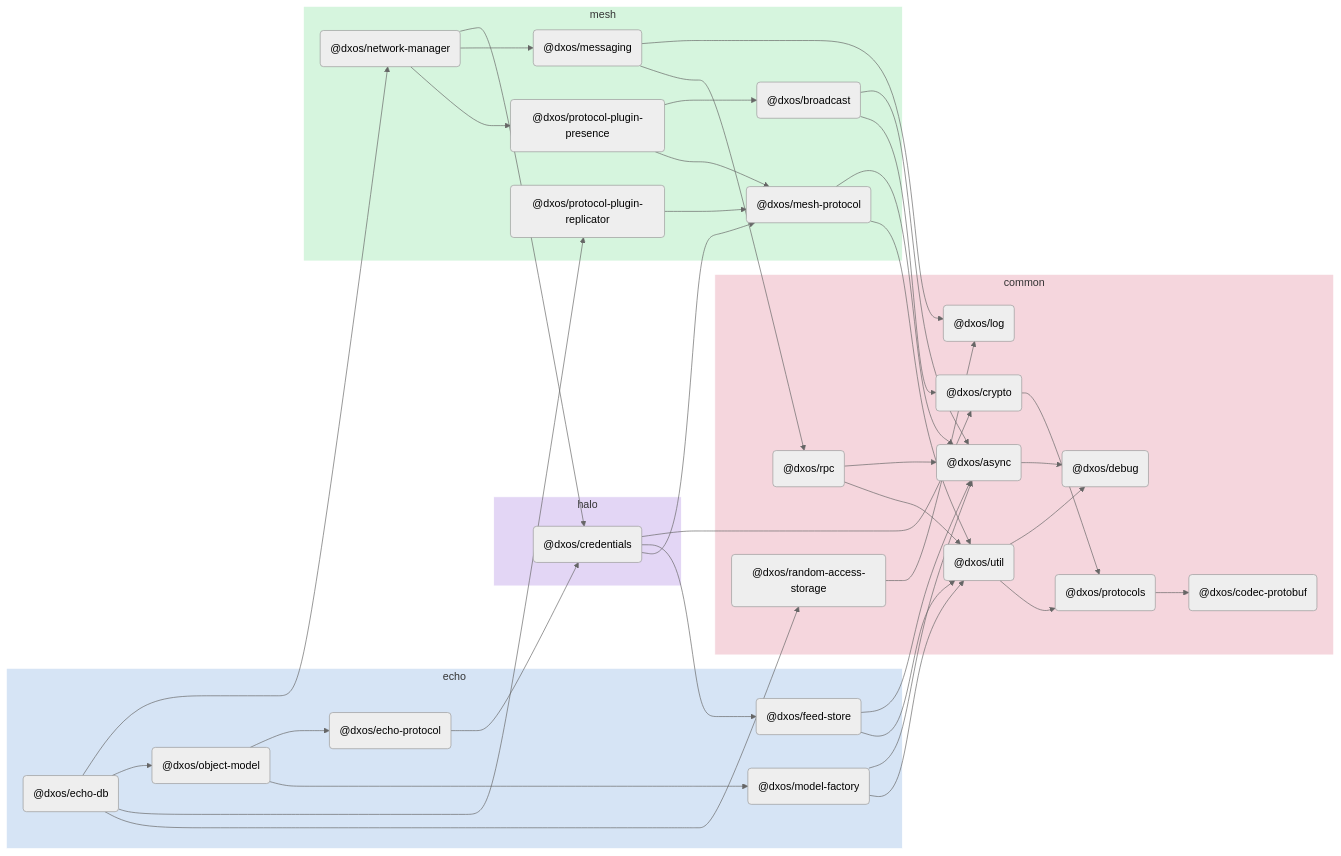
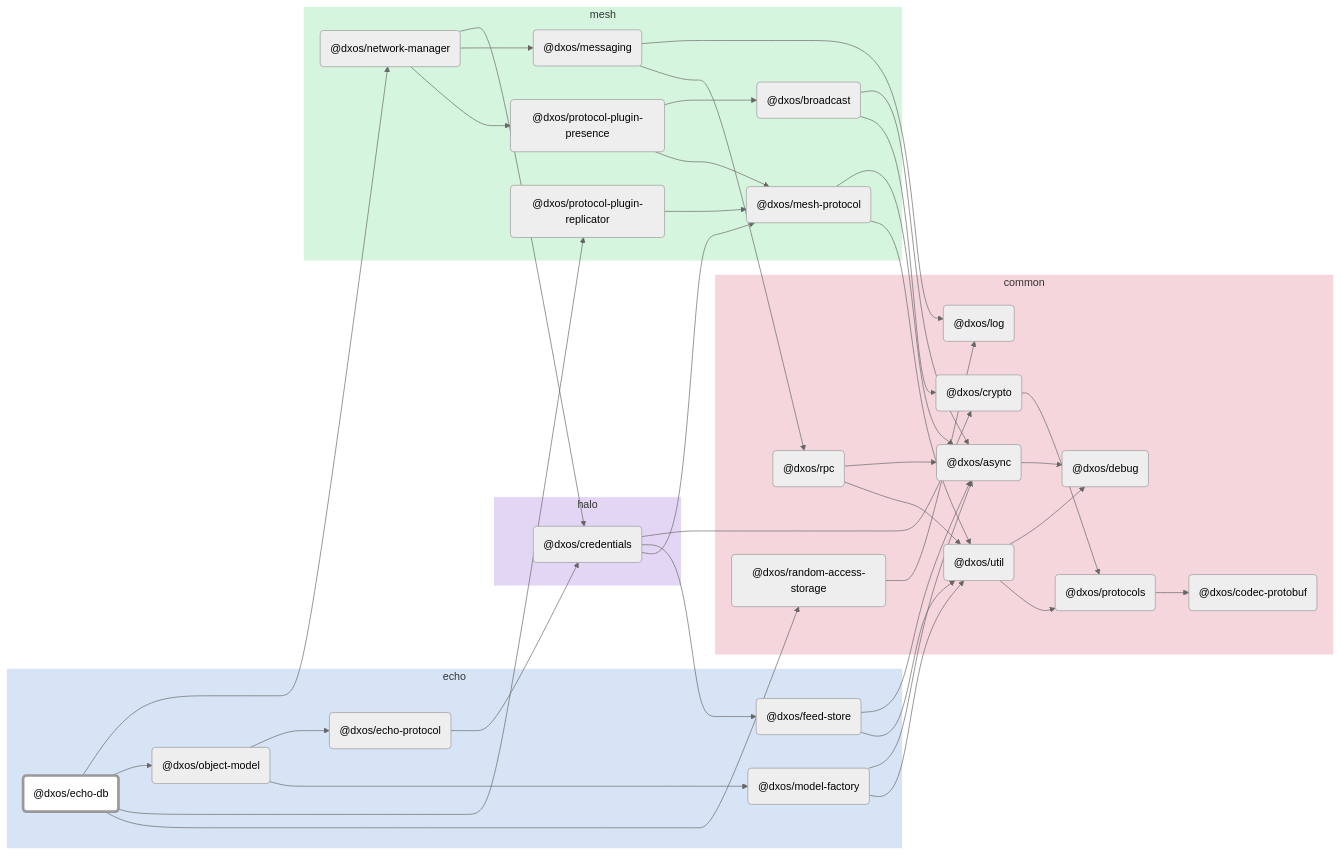
Before and after one commit to dxos/dxos: the diagram in packages/echo/echo-db/docs/README.md, drawn with Mermaid (neutral theme). The commit also changed other lines of this file and 88 other files, not shown here.

````diff
--- a/packages/echo/echo-db/docs/README.md
+++ b/packages/echo/echo-db/docs/README.md
@@ -5,5 +7,28 @@
 ```mermaid
 flowchart LR;
+
+style dxos/echo-db fill:#fff,stroke-width:4px;
+
+click dxos/log "https:/github.com/dxos/dxos/tree/main/packages/common/log/docs";
+click dxos/async "https:/github.com/dxos/dxos/tree/main/packages/common/async/docs";
+click dxos/debug "https:/github.com/dxos/dxos/tree/main/packages/common/debug/docs";
+click dxos/codec-protobuf "https:/github.com/dxos/dxos/tree/main/packages/common/codec-protobuf/docs";
+click dxos/credentials "https:/github.com/dxos/dxos/tree/main/packages/halo/credentials/docs";
+click dxos/crypto "https:/github.com/dxos/dxos/tree/main/packages/common/crypto/docs";
+click dxos/feed-store "https:/github.com/dxos/dxos/tree/main/packages/echo/feed-store/docs";
+click dxos/mesh-protocol "https:/github.com/dxos/dxos/tree/main/packages/mesh/mesh-protocol/docs";
+click dxos/protocols "https:/github.com/dxos/dxos/tree/main/packages/common/protocols/docs";
+click dxos/util "https:/github.com/dxos/dxos/tree/main/packages/common/util/docs";
+click dxos/echo-protocol "https:/github.com/dxos/dxos/tree/main/packages/echo/echo-protocol/docs";
+click dxos/messaging "https:/github.com/dxos/dxos/tree/main/packages/mesh/messaging/docs";
+click dxos/rpc "https:/github.com/dxos/dxos/tree/main/packages/common/rpc/docs";
+click dxos/model-factory "https:/github.com/dxos/dxos/tree/main/packages/echo/model-factory/docs";
+click dxos/network-manager "https:/github.com/dxos/dxos/tree/main/packages/mesh/network-manager/docs";
+click dxos/protocol-plugin-presence "https:/github.com/dxos/dxos/tree/main/packages/mesh/protocol-plugin-presence/docs";
+click dxos/object-model "https:/github.com/dxos/dxos/tree/main/packages/echo/object-model/docs";
+click dxos/broadcast "https:/github.com/dxos/dxos/tree/main/packages/mesh/broadcast/docs";
+click dxos/protocol-plugin-replicator "https:/github.com/dxos/dxos/tree/main/packages/mesh/protocol-plugin-replicator/docs";
+click dxos/random-access-storage "https:/github.com/dxos/dxos/tree/main/packages/common/random-access-storage/docs";
 
 subgraph echo
   style echo fill:#d6e4f5,stroke:#fff;
````
